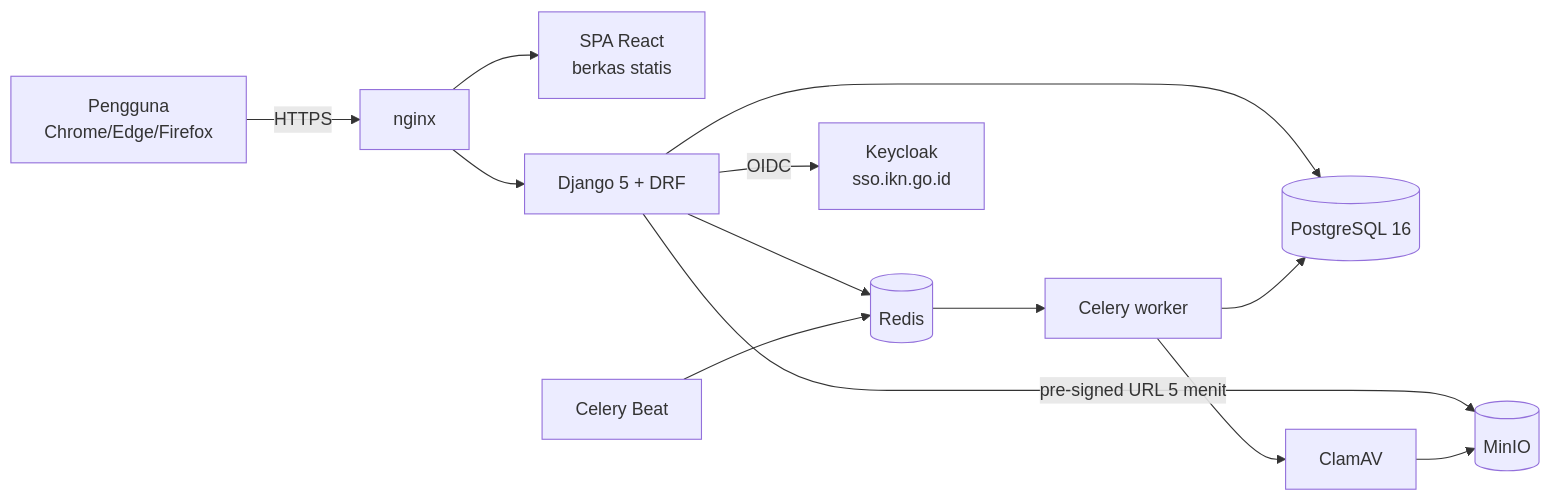
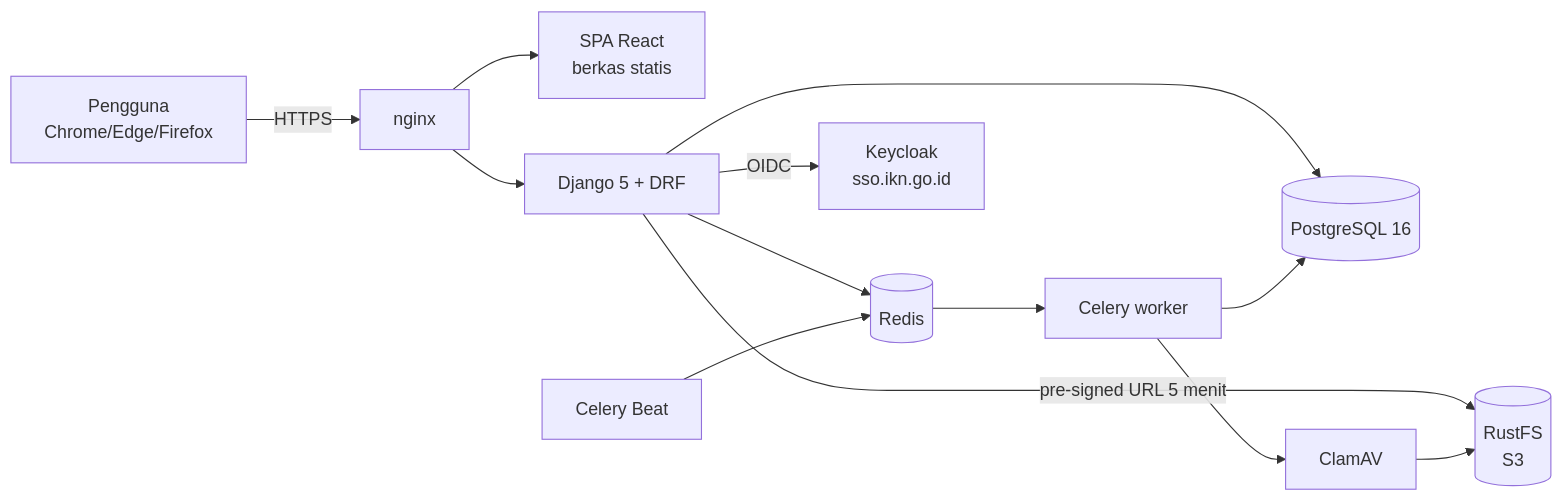
The third of 4 diagrams in docs/00_arsitektur.md (rafistra/simario), drawn with Mermaid before and after one commit. The commit also changed other lines of this file and 3 other files, not shown here.

````diff
--- a/docs/00_arsitektur.md
+++ b/docs/00_arsitektur.md
@@ -107,15 +107,15 @@
 ```mermaid
 flowchart LR
   U[Pengguna<br/>Chrome/Edge/Firefox] -->|HTTPS| NG[nginx]
   NG --> SPA[SPA React<br/>berkas statis]
   NG --> DJ[Django 5 + DRF]
   DJ --> PG[(PostgreSQL 16)]
   DJ --> RD[(Redis)]
   RD --> CW[Celery worker]
   CB[Celery Beat] --> RD
   CW --> PG
-  DJ -->|pre-signed URL 5 menit| MO[(MinIO)]
+  DJ -->|pre-signed URL 5 menit| MO[(RustFS<br/>S3)]
   CW --> AV[ClamAV]
   AV --> MO
   DJ -->|OIDC| KC[Keycloak<br/>sso.ikn.go.id]
 ```
````
